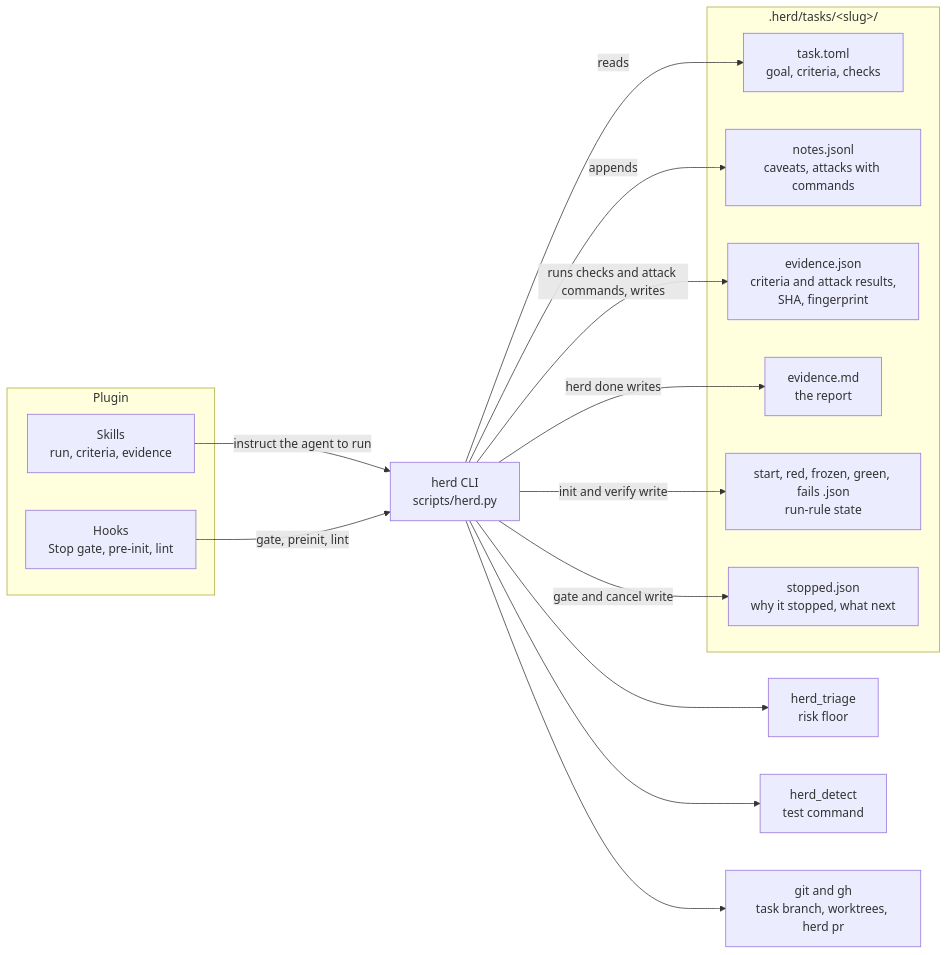
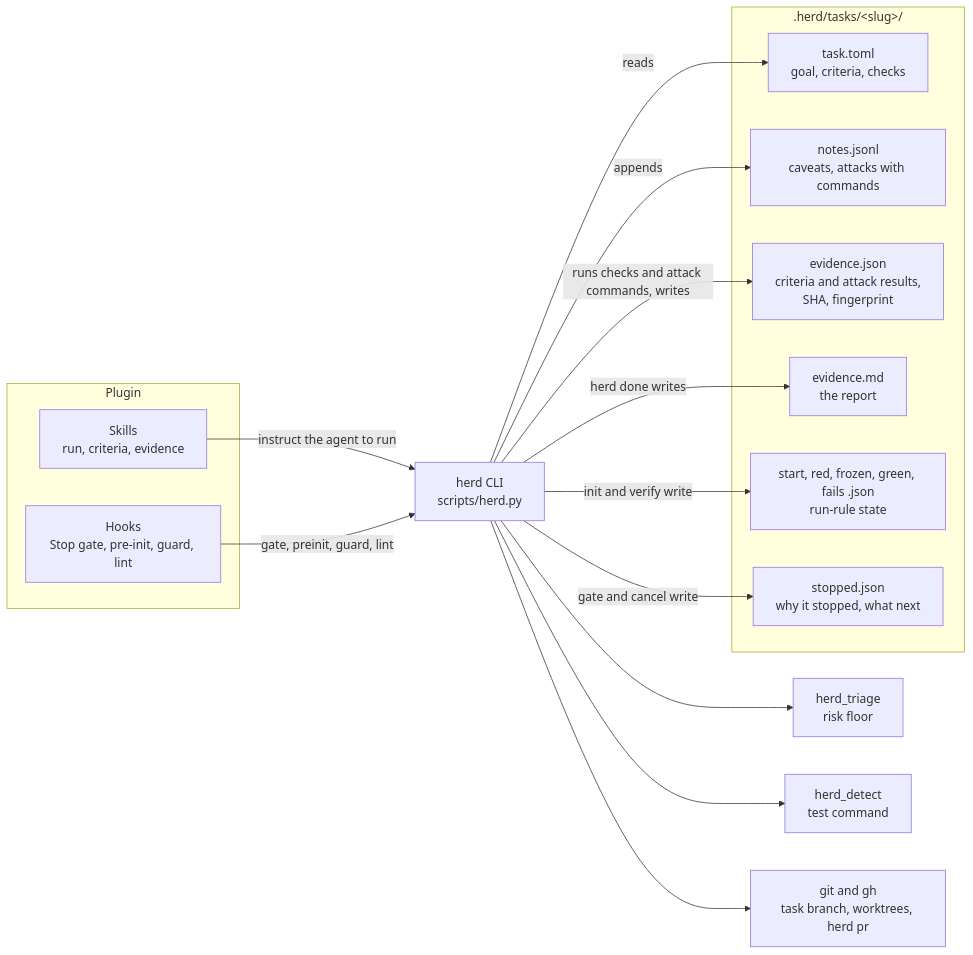
The second of 2 diagrams in README.md (Beovulfo/herd-sdlc), drawn with Mermaid before and after one commit. The commit also changed other lines of this file and 12 other files, not shown here.

````diff
--- a/README.md
+++ b/README.md
@@ -139,30 +139,30 @@
 ```mermaid
 flowchart LR
     subgraph Plugin
         S["Skills<br/>run, criteria, evidence"]
-        H["Hooks<br/>Stop gate, pre-init, lint"]
+        H["Hooks<br/>Stop gate, pre-init, guard, lint"]
     end
     CLI["herd CLI<br/>scripts/herd.py"]
     T["herd_triage<br/>risk floor"]
     D["herd_detect<br/>test command"]
     G["git and gh<br/>task branch, worktrees, herd pr"]
     subgraph State[".herd/tasks/&lt;slug&gt;/"]
         TT["task.toml<br/>goal, criteria, checks"]
         NO["notes.jsonl<br/>caveats, attacks with commands"]
         EV["evidence.json<br/>criteria and attack results,<br/>SHA, fingerprint"]
         RP["evidence.md<br/>the report"]
         RR["start, red, frozen, green, fails .json<br/>run-rule state"]
         SR["stopped.json<br/>why it stopped, what next"]
     end
     S -->|instruct the agent to run| CLI
-    H -->|gate, preinit, lint| CLI
+    H -->|gate, preinit, guard, lint| CLI
     CLI --> T
     CLI --> D
     CLI --> G
     CLI -->|reads| TT
     CLI -->|appends| NO
     CLI -->|runs checks and attack commands, writes| EV
     CLI -->|herd done writes| RP
     CLI -->|init and verify write| RR
     CLI -->|gate and cancel write| SR
 ```
````
